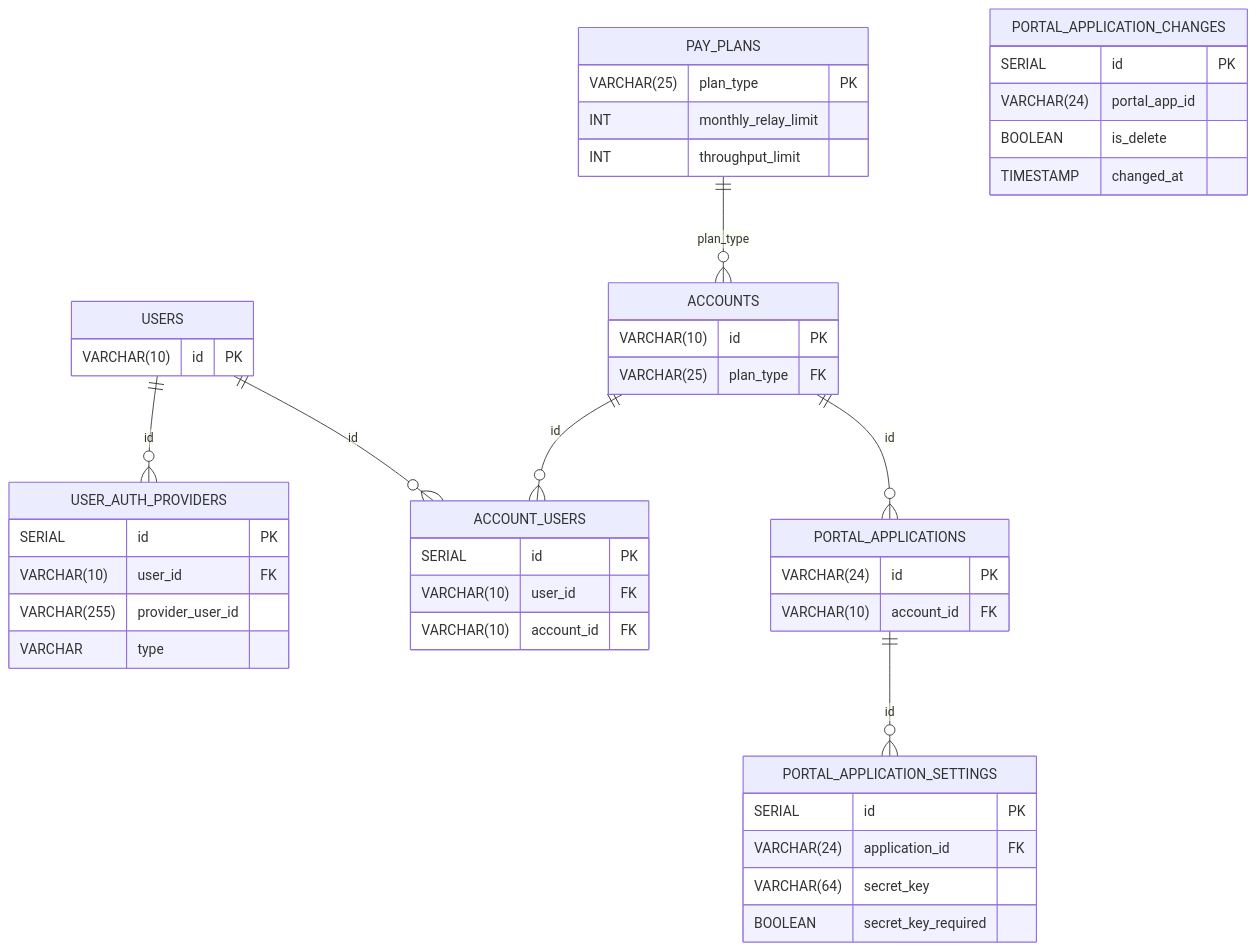
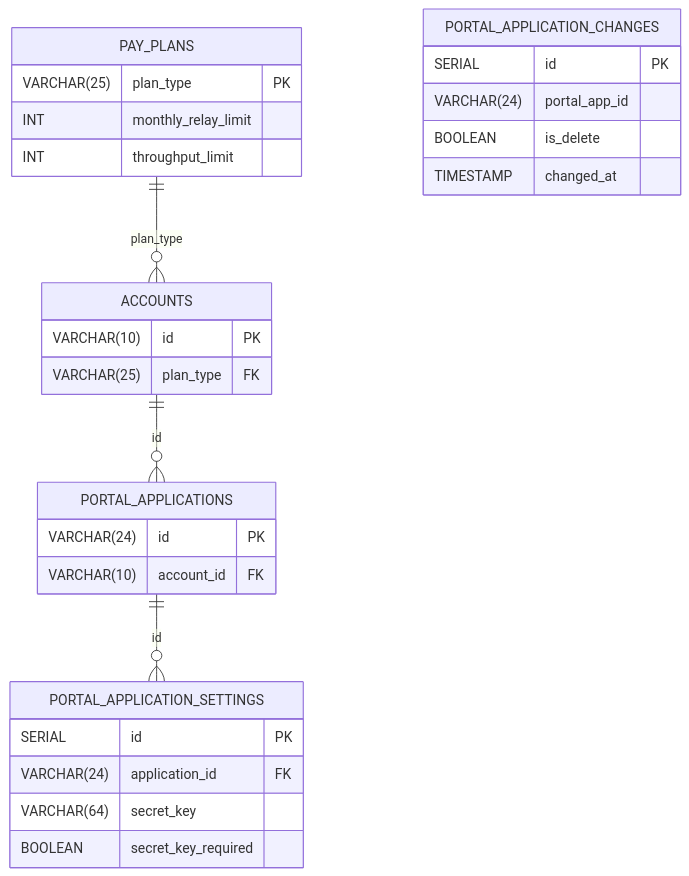
One commit to buildwithgrove/path-auth-data-server changed the diagram in postgres/grove/README.md. Above: the diagram before and after it, drawn with Mermaid. The commit also changed other lines of this file and 24 other files, not shown here.

````diff
--- a/postgres/grove/README.md
+++ b/postgres/grove/README.md
@@ -39,56 +39,36 @@
 ```mermaid
 erDiagram
     PAY_PLANS {
         VARCHAR(25) plan_type PK
         INT monthly_relay_limit
         INT throughput_limit
     }
 
     ACCOUNTS {
         VARCHAR(10) id PK
         VARCHAR(25) plan_type FK
-    }
-
-    USERS {
-        VARCHAR(10) id PK
-    }
-
-    USER_AUTH_PROVIDERS {
-        SERIAL id PK
-        VARCHAR(10) user_id FK
-        VARCHAR(255) provider_user_id
-        VARCHAR type
-    }
-
-    ACCOUNT_USERS {
-        SERIAL id PK
-        VARCHAR(10) user_id FK
-        VARCHAR(10) account_id FK
     }
 
     PORTAL_APPLICATIONS {
         VARCHAR(24) id PK
         VARCHAR(10) account_id FK
     }
 
     PORTAL_APPLICATION_SETTINGS {
         SERIAL id PK
         VARCHAR(24) application_id FK
         VARCHAR(64) secret_key
         BOOLEAN secret_key_required
     }
 
     PORTAL_APPLICATION_CHANGES {
         SERIAL id PK
         VARCHAR(24) portal_app_id
         BOOLEAN is_delete
         TIMESTAMP changed_at
     }
 
     PAY_PLANS ||--o{ ACCOUNTS : "plan_type"
-    ACCOUNTS ||--o{ ACCOUNT_USERS : "id"
-    USERS ||--o{ ACCOUNT_USERS : "id"
-    USERS ||--o{ USER_AUTH_PROVIDERS : "id"
     ACCOUNTS ||--o{ PORTAL_APPLICATIONS : "id"
     PORTAL_APPLICATIONS ||--o{ PORTAL_APPLICATION_SETTINGS : "id"
 ```
````
